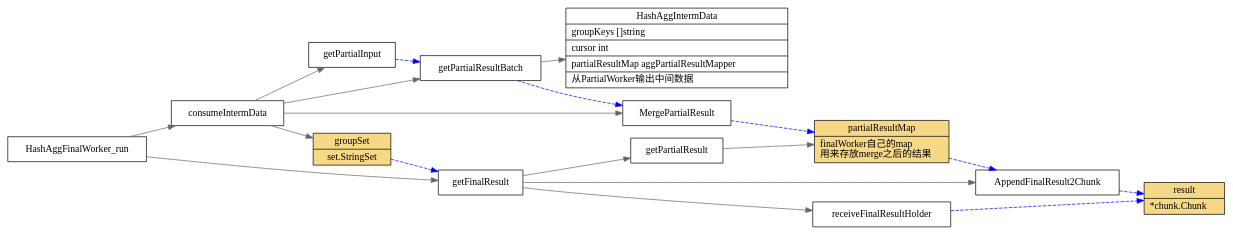
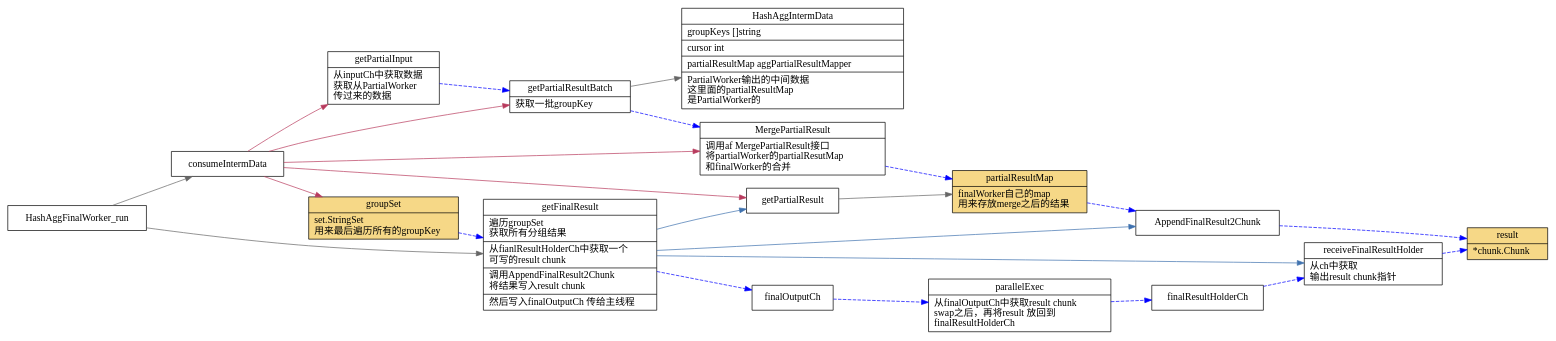
One commit to xieyu/blog changed the diagram in src/tidb/dot/consumeIntermData.dot. Above: the diagram before and after it, drawn with Graphviz. The commit also changed 36 other files, not shown here.

```diff
--- a/src/tidb/dot/consumeIntermData.dot
+++ b/src/tidb/dot/consumeIntermData.dot
@@ -1,76 +1,132 @@
 digraph consumeIntermData {
   node[shape=box];
   edge[color=gray40];
   newrank=true;
   rankdir=LR;
   partialResultMap[
     shape=record;
     style=filled;
     fillcolor="#f6d887";
     label="{{
       partialResultMap
     }}"
   ];
   HashAggFinalWorker_run -> {
     consumeIntermData;
     getFinalResult;
   }
   consumeIntermData -> {
     getPartialInput;
     getPartialResultBatch;
     getPartialInput;
     MergePartialResult;
     groupSet;
-  };
+    getPartialResult;
+  }[color="#b83b5e"];
+
+  MergePartialResult[
+    shape="record";
+    label="{{
+      MergePartialResult|
+      调用af MergePartialResult接口\l
+      将partialWorker的partialResutMap\l
+      和finalWorker的合并\l
+    }}"];
   getPartialResultBatch -> {
     HashAggIntermData;
   }
+  getPartialResultBatch[
+    shape="record";
+    label="{{
+      getPartialResultBatch|
+      获取一批groupKey\l
+    }}"];
   HashAggIntermData[
     shape="record";
     label="{{
       HashAggIntermData|
 	      groupKeys        []string\l|
 	      cursor           int\l|
 	      partialResultMap aggPartialResultMapper\l|
-        从PartialWorker输出中间数据\l
+        PartialWorker输出的中间数据\l
+        这里面的partialResultMap\l 
+        是PartialWorker的\l
     }}"];
 
   getFinalResult -> {
     getPartialResult;
     AppendFinalResult2Chunk;
     receiveFinalResultHolder;
-  }
+  }[color="#3f72af"]
+  receiveFinalResultHolder[
+    shape="record";
+    label="{{
+      receiveFinalResultHolder|
+      从ch中获取\l
+      输出result chunk指针\l
+    }}"];
+  parallelExec[
+    shape="record";
+    label="{{
+      parallelExec|
+      从finalOutputCh中获取result chunk\l
+      swap之后，再将result 放回到\l
+      finalResultHolderCh\l
+    }}"];
 
   getPartialResult -> partialResultMap;
   partialResultMap[
     shape="record";
     label="{{
       partialResultMap|
       finalWorker自己的map\l
       用来存放merge之后的结果\l
     }}"];
   groupSet[
     shape=record;
     style=filled;
     fillcolor="#f6d887";
     label="{{
       groupSet|
-      set.StringSet
+      set.StringSet\l
+      用来最后遍历所有的groupKey\l
     }}"
   ];
   result[
     shape=record;
     style=filled;
     fillcolor="#f6d887";
     label="{{
       result|
       *chunk.Chunk\l
     }}"
   ];
+  getPartialInput[
+    shape="record";
+    label="{{
+      getPartialInput|
+      从inputCh中获取数据\l
+      获取从PartialWorker\l 
+      传过来的数据\l
+    }}"];
+  getFinalResult[
+    shape="record";
+    label="{{
+      getFinalResult|
+      遍历groupSet\l
+      获取所有分组结果\l|
+      从fianlResultHolderCh中获取一个\l
+      可写的result chunk\l|
+      调用AppendFinalResult2Chunk\l
+      将结果写入result chunk\l|
+      然后写入finalOutputCh 传给主线程\l
+    }}"];
   edge[style=dashed;color=blue];
   getPartialInput -> getPartialResultBatch -> MergePartialResult -> partialResultMap;
   partialResultMap -> AppendFinalResult2Chunk;
   groupSet -> getFinalResult;
   receiveFinalResultHolder -> result;
   AppendFinalResult2Chunk -> result;
+  finalOutputCh -> parallelExec -> finalResultHolderCh-> receiveFinalResultHolder;
+  getFinalResult -> finalOutputCh;
 }
```
